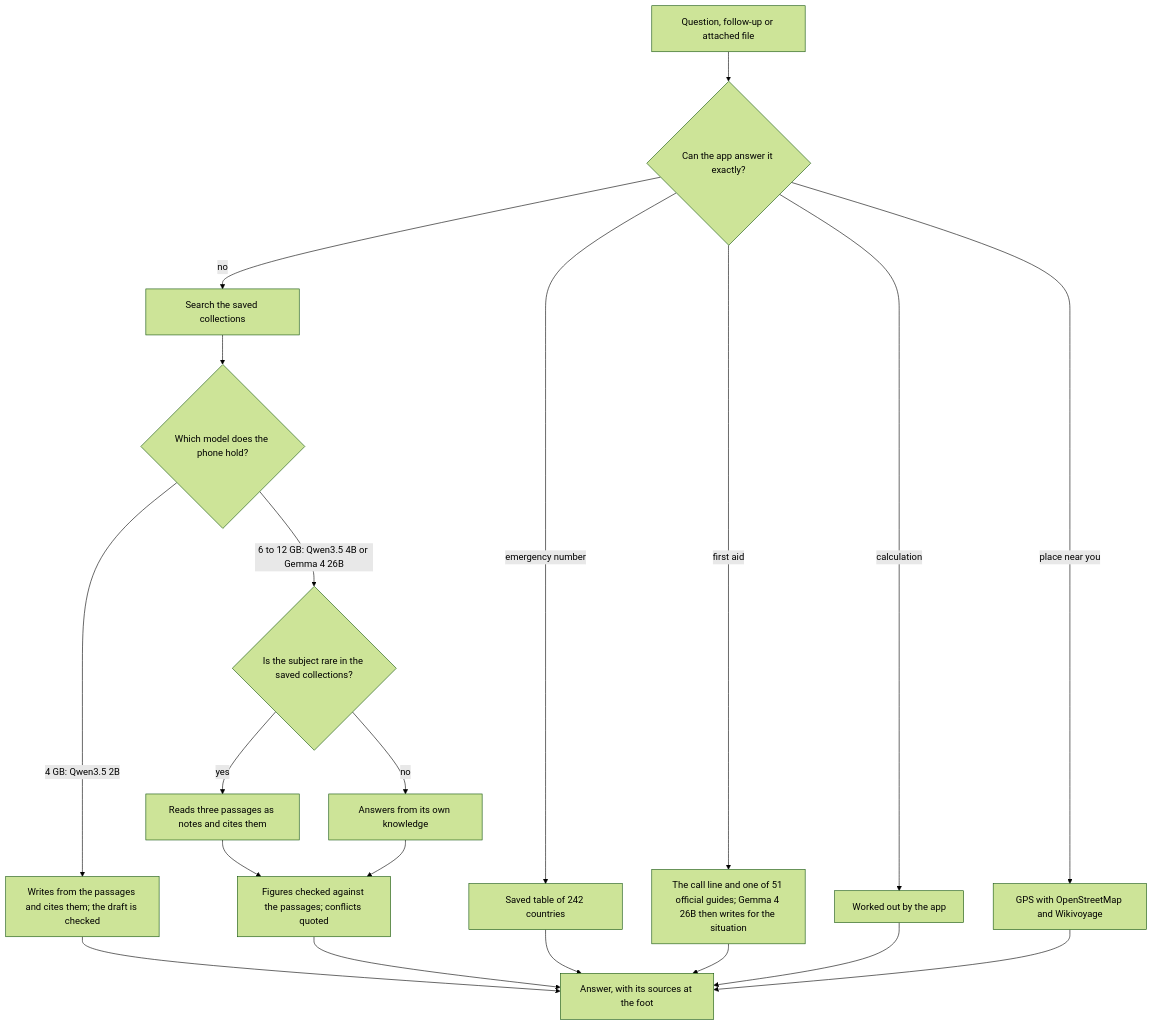
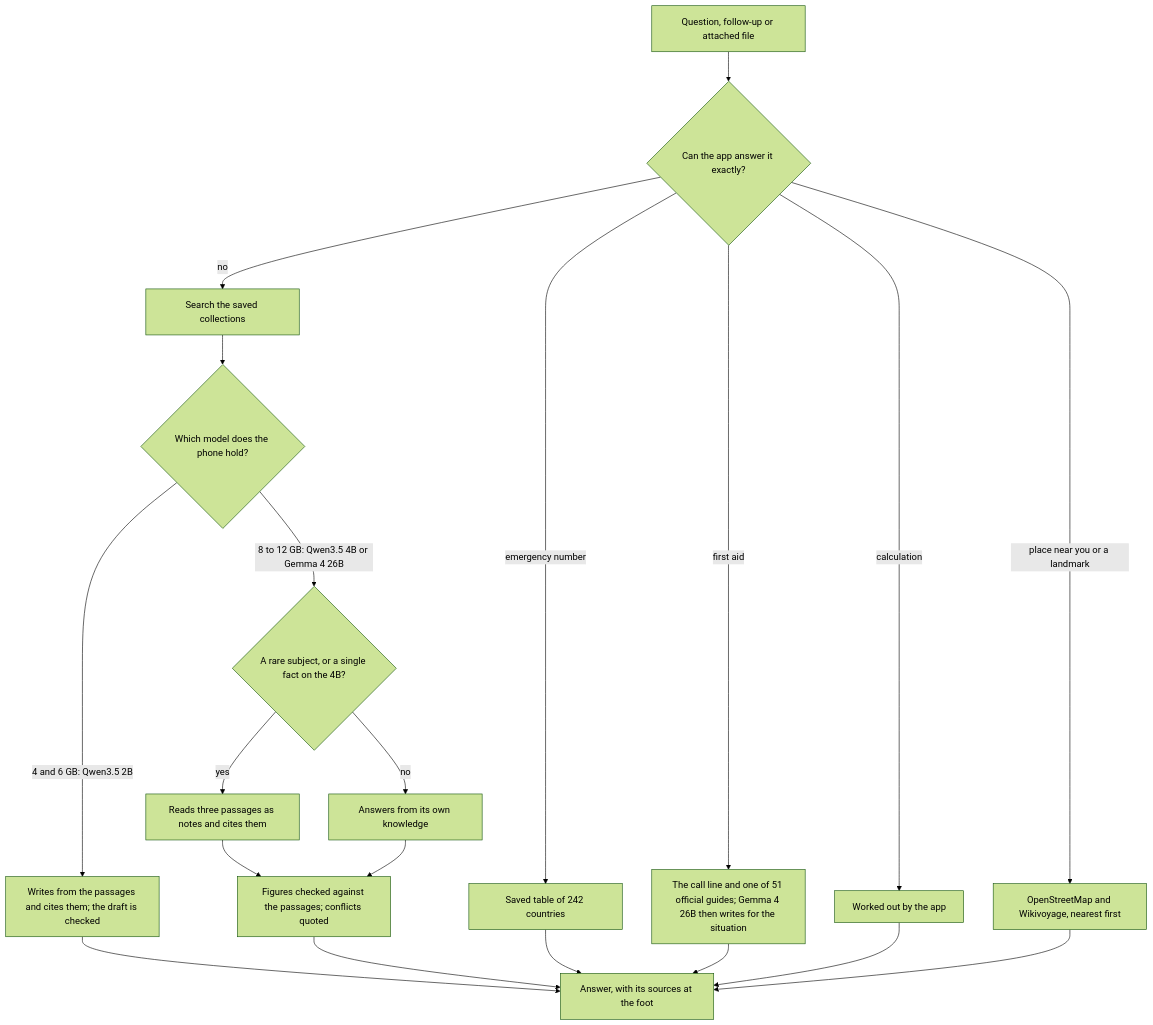
Before and after one commit to 0x94t3z/fieldatlas: the diagram in docs/how-it-works.md, drawn with Mermaid (forest theme). The commit also changed other lines of this file and 13 other files, not shown here.

````diff
--- a/docs/how-it-works.md
+++ b/docs/how-it-works.md
@@ -18,22 +18,22 @@
 ```mermaid
 flowchart TD
     Q["Question, follow-up or attached file"] --> D{"Can the app answer it exactly?"}
     D -->|"emergency number"| N["Saved table of 242 countries"]
     D -->|"first aid"| G["The call line and one of 51 official guides; Gemma 4 26B then writes for the situation"]
     D -->|"calculation"| C["Worked out by the app"]
-    D -->|"place near you"| P["GPS with OpenStreetMap and Wikivoyage"]
+    D -->|"place near you or a landmark"| P["OpenStreetMap and Wikivoyage, nearest first"]
     D -->|"no"| S["Search the saved collections"]
     S --> M{"Which model does the phone hold?"}
-    M -->|"4 GB: Qwen3.5 2B"| W1["Writes from the passages and cites them; the draft is checked"]
-    M -->|"6 to 12 GB: Qwen3.5 4B or Gemma 4 26B"| R{"Is the subject rare in the saved collections?"}
+    M -->|"4 and 6 GB: Qwen3.5 2B"| W1["Writes from the passages and cites them; the draft is checked"]
+    M -->|"8 to 12 GB: Qwen3.5 4B or Gemma 4 26B"| R{"A rare subject, or a single fact on the 4B?"}
     R -->|"yes"| W2["Reads three passages as notes and cites them"]
     R -->|"no"| W3["Answers from its own knowledge"]
     W2 --> F["Figures checked against the passages; conflicts quoted"]
     W3 --> F
     W1 --> A["Answer, with its sources at the foot"]
     F --> A
     N --> A
     G --> A
     C --> A
     P --> A
 ```
````
